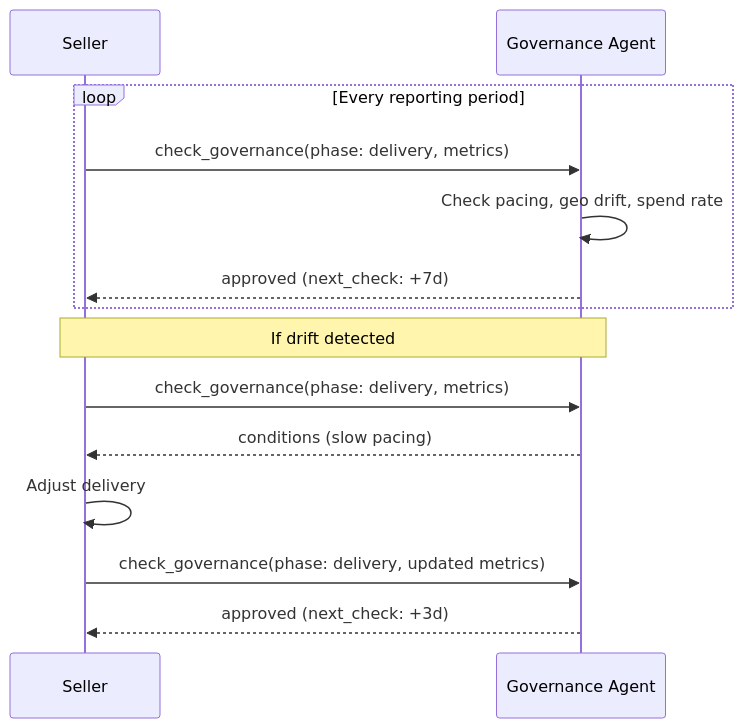
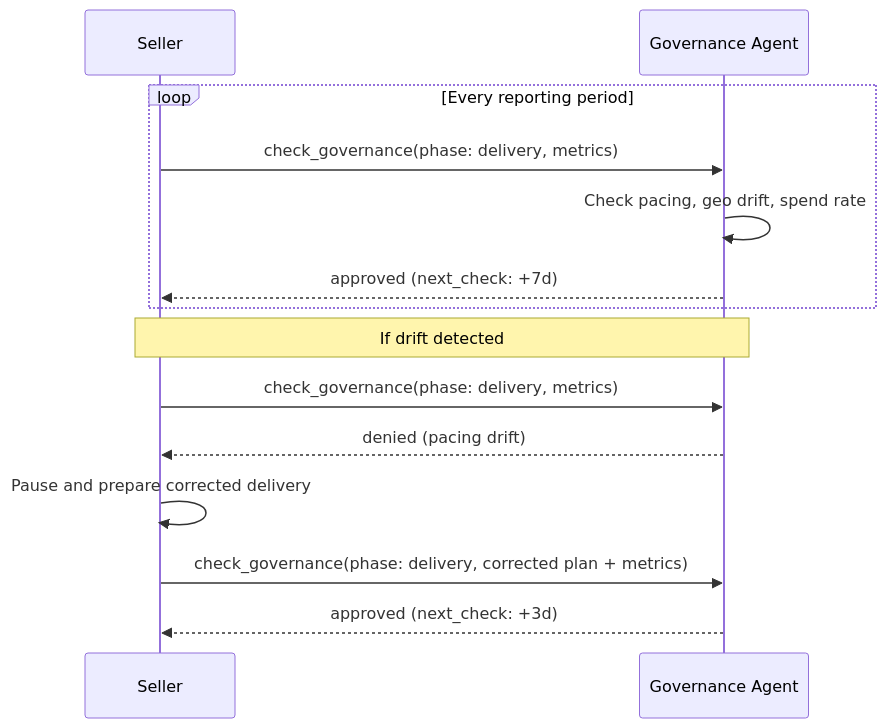
One commit to adcontextprotocol/adcp changed the third of 4 diagrams in docs/governance/campaign/specification.mdx. Above: the diagram before and after it, drawn with Mermaid. The commit also changed other lines of this file and 78 other files, not shown here.

````diff
--- a/docs/governance/campaign/specification.mdx
+++ b/docs/governance/campaign/specification.mdx
@@ -871,18 +894,18 @@
 ```mermaid
 sequenceDiagram
     participant S as Seller
     participant A as Governance Agent
 
     loop Every reporting period
         S->>A: check_governance(phase: delivery, metrics)
         A->>A: Check pacing, geo drift, spend rate
         A-->>S: approved (next_check: +7d)
     end
 
     Note over S,A: If drift detected
     S->>A: check_governance(phase: delivery, metrics)
-    A-->>S: conditions (slow pacing)
-    S->>S: Adjust delivery
-    S->>A: check_governance(phase: delivery, updated metrics)
+    A-->>S: denied (pacing drift)
+    S->>S: Pause and prepare corrected delivery
+    S->>A: check_governance(phase: delivery, corrected plan + metrics)
     A-->>S: approved (next_check: +3d)
 ```
````
